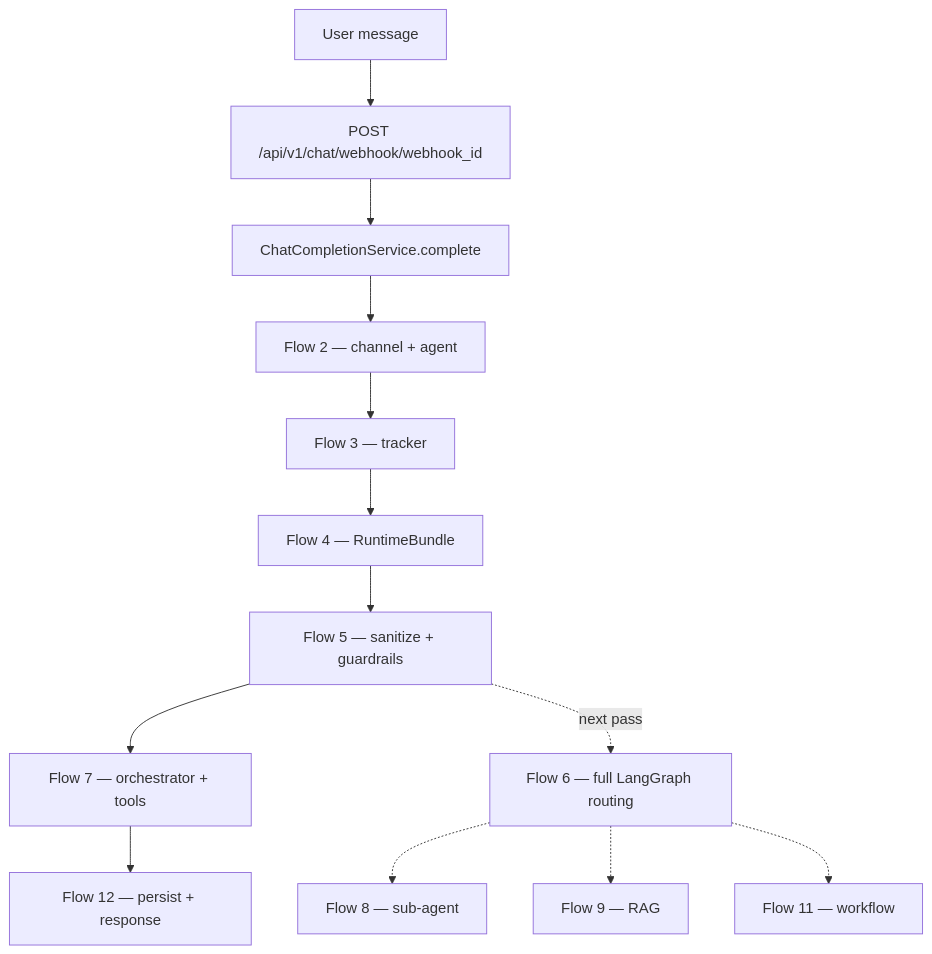
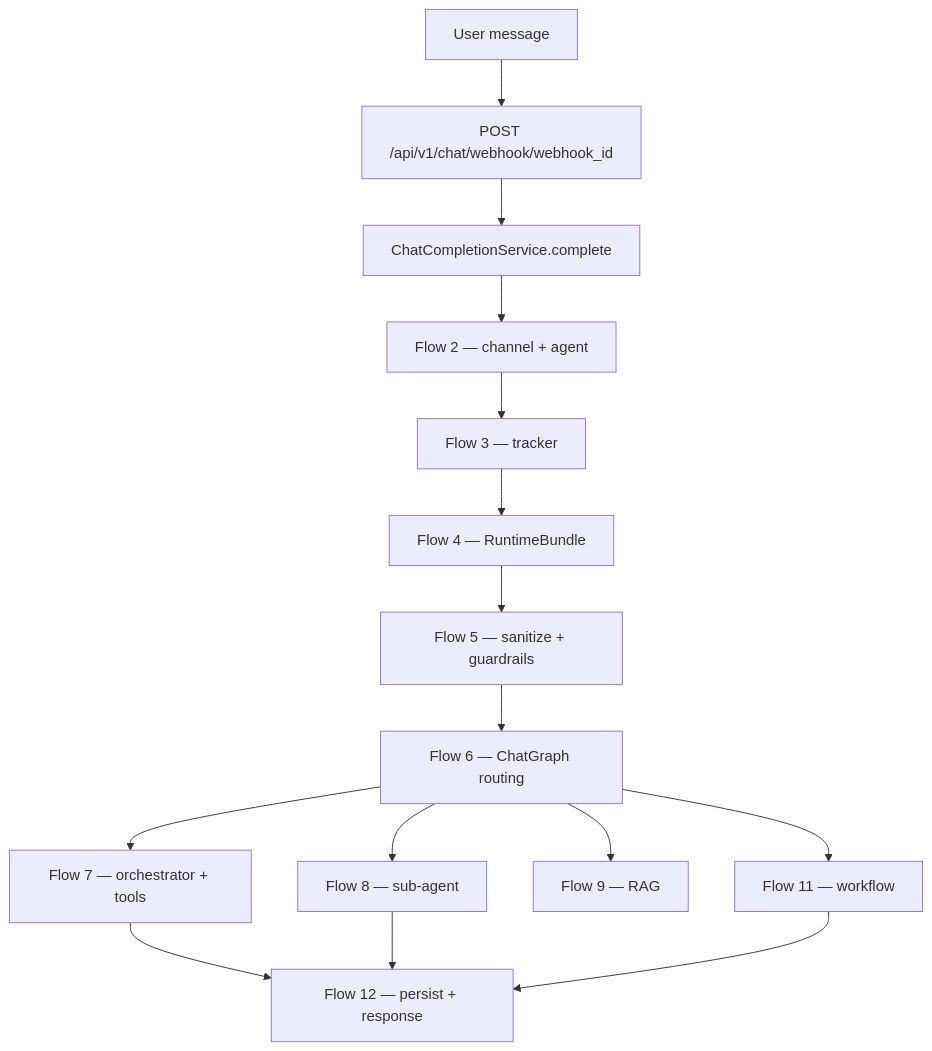
One commit to shehan-jayasinghe/bot-builder changed the first of 13 diagrams in backend/document/chat/01-chat-completion-diagrams.md. Above: the diagram before and after it, drawn with Mermaid. The commit also changed other lines of this file and 22 other files, not shown here.

````diff
--- a/backend/document/chat/01-chat-completion-diagrams.md
+++ b/backend/document/chat/01-chat-completion-diagrams.md
@@ -49,20 +51,21 @@
 ```mermaid
 flowchart TB
     USER[User message]
     API[POST /api/v1/chat/webhook/webhook_id]
     SVC[ChatCompletionService.complete]
 
     USER --> API --> SVC
 
     SVC --> F2[Flow 2 — channel + agent]
     F2 --> F3[Flow 3 — tracker]
     F3 --> F4[Flow 4 — RuntimeBundle]
     F4 --> F5[Flow 5 — sanitize + guardrails]
-    F5 --> F7[Flow 7 — orchestrator + tools]
+    F5 --> F6[Flow 6 — ChatGraph routing]
+    F6 --> F7[Flow 7 — orchestrator + tools]
+    F6 --> F8[Flow 8 — sub-agent]
+    F6 --> F9[Flow 9 — RAG]
+    F6 --> F11[Flow 11 — workflow]
     F7 --> F12[Flow 12 — persist + response]
-
-    F5 -.->|next pass| F6[Flow 6 — full LangGraph routing]
-    F6 -.-> F8[Flow 8 — sub-agent]
-    F6 -.-> F9[Flow 9 — RAG]
-    F6 -.-> F11[Flow 11 — workflow]
+    F8 --> F12
+    F11 --> F12
 ```
````
